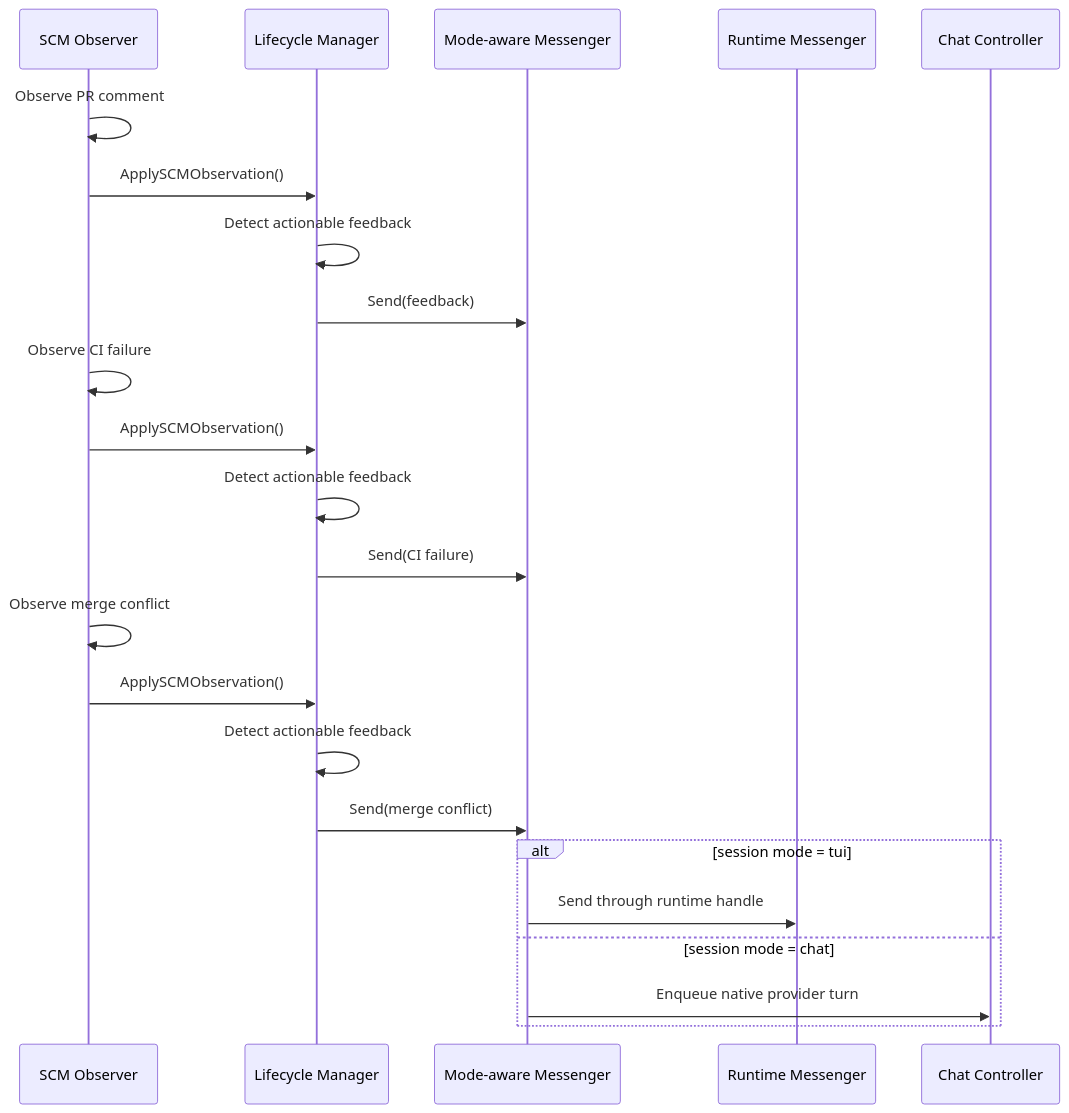
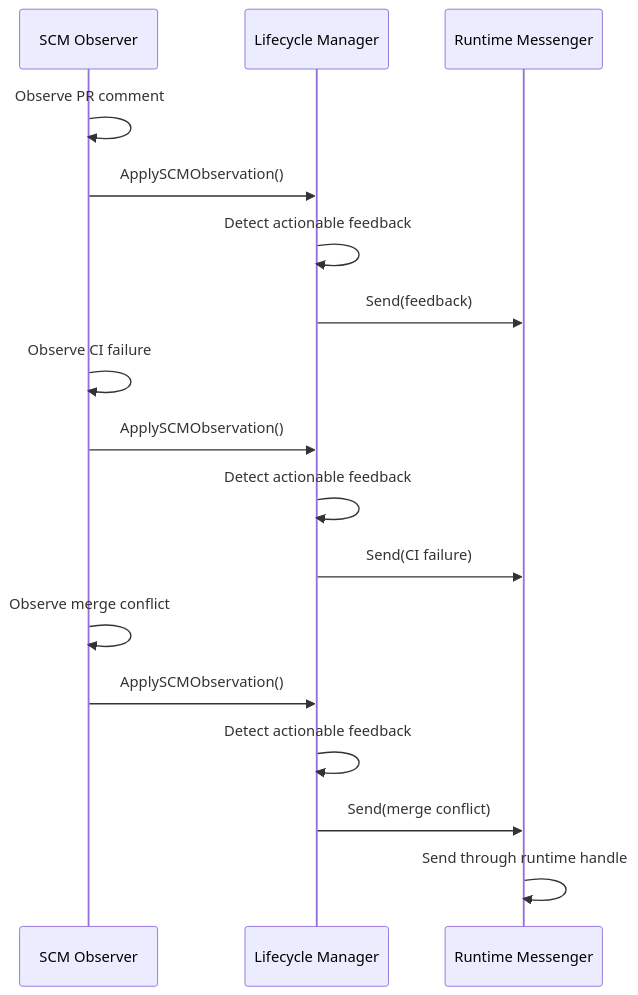
The ninth of 23 diagrams in docs/architecture.md (OmarAly92/Operator), drawn with Mermaid before and after one commit. The commit also changed other lines of this file and 38 other files, not shown here.

````diff
--- a/docs/architecture.md
+++ b/docs/architecture.md
@@ -357,29 +334,23 @@
 ```mermaid
 sequenceDiagram
     participant SCM as SCM Observer
     participant LCM as Lifecycle Manager
-    participant Dispatch as Mode-aware Messenger
-    participant TUI as Runtime Messenger
-    participant Chat as Chat Controller
+    participant Dispatch as Runtime Messenger
 
     SCM->>SCM: Observe PR comment
     SCM->>LCM: ApplySCMObservation()
     LCM->>LCM: Detect actionable feedback
     LCM->>Dispatch: Send(feedback)
 
     SCM->>SCM: Observe CI failure
     SCM->>LCM: ApplySCMObservation()
     LCM->>LCM: Detect actionable feedback
     LCM->>Dispatch: Send(CI failure)
 
     SCM->>SCM: Observe merge conflict
     SCM->>LCM: ApplySCMObservation()
     LCM->>LCM: Detect actionable feedback
     LCM->>Dispatch: Send(merge conflict)
 
-    alt session mode = tui
-        Dispatch->>TUI: Send through runtime handle
-    else session mode = chat
-        Dispatch->>Chat: Enqueue native provider turn
-    end
+    Dispatch->>Dispatch: Send through runtime handle
 ```
````
